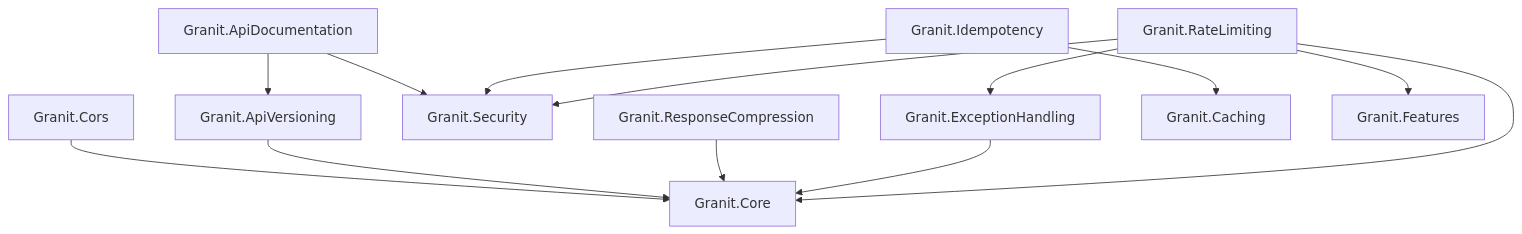
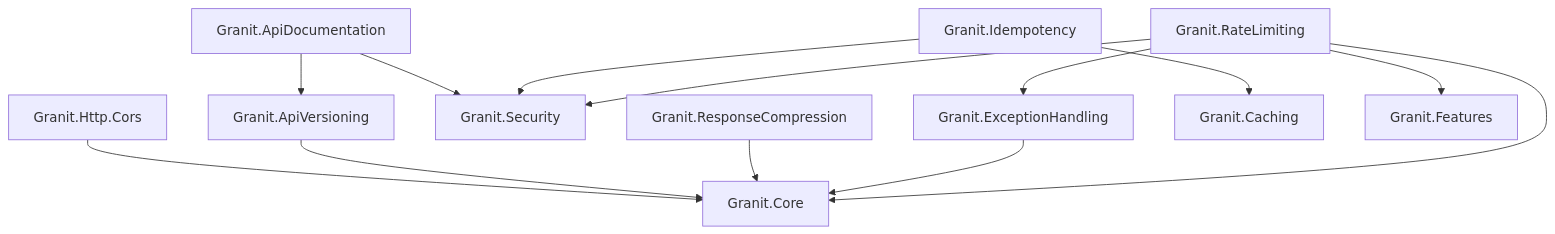
The diagram in docs-site/src/content/docs/dotnet/api/index.mdx (granit-fx/granit-dotnet), drawn with Mermaid before and after one commit. The commit also changed 36 other files, not shown here.

First line of the commit message:
refactor: rename Granit.Cors to Granit.Http.Cors

````diff
--- a/docs-site/src/content/docs/dotnet/api/index.mdx
+++ b/docs-site/src/content/docs/dotnet/api/index.mdx
@@ -49,15 +49,15 @@
 ```mermaid
 graph TD
-    CORS[Granit.Cors] --> CO[Granit.Core]
+    CORS[Granit.Http.Cors] --> CO[Granit.Core]
     AV[Granit.ApiVersioning] --> CO
     AD[Granit.ApiDocumentation] --> AV
     AD --> SEC[Granit.Security]
     RC[Granit.ResponseCompression] --> CO
     EH[Granit.ExceptionHandling] --> CO
     ID[Granit.Idempotency] --> CA[Granit.Caching]
     ID --> SEC
     RL[Granit.RateLimiting] --> CO
     RL --> EH
     RL --> FT[Granit.Features]
     RL --> SEC
 ```
````
